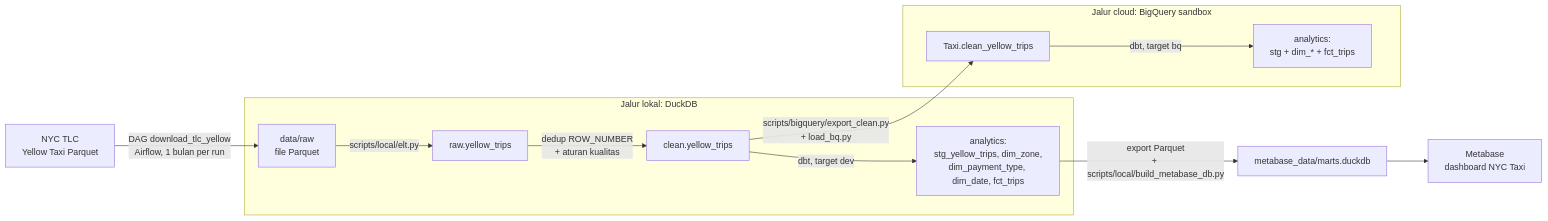
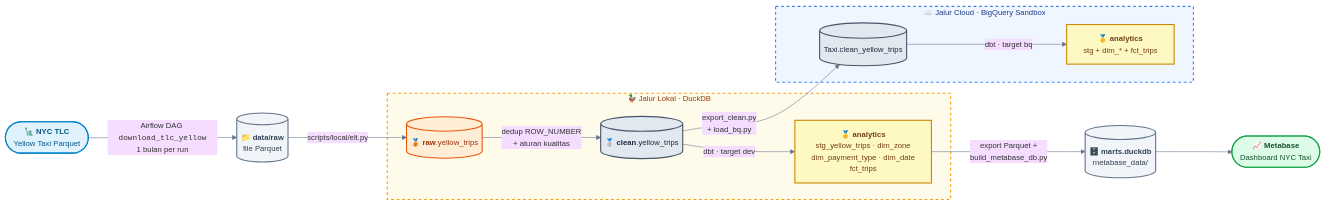
One commit to MacFlurries/elt-nyc-taxi changed the diagram in docs/architecture.md. Above: the diagram before and after it, drawn with Mermaid.

Commit message:
Enhance architecture diagram with icons and styling

````diff
--- a/docs/architecture.md
+++ b/docs/architecture.md
@@ -3,18 +3,39 @@
 ```mermaid
+%%{init: {"theme":"base","themeVariables":{"fontFamily":"Inter, Segoe UI, sans-serif","fontSize":"14px","lineColor":"#64748b"},"flowchart":{"curve":"basis","nodeSpacing":40,"rankSpacing":70}}}%%
 flowchart LR
-    TLC["NYC TLC<br/>Yellow Taxi Parquet"] -->|"DAG download_tlc_yellow<br/>Airflow, 1 bulan per run"| RAWF["data/raw<br/>file Parquet"]
+    TLC(["🗽 <b>NYC TLC</b><br/>Yellow Taxi Parquet"]):::source
+    RAWF[("📁 <b>data/raw</b><br/>file Parquet")]:::storage
 
-    subgraph DUCK["Jalur lokal: DuckDB"]
-        RAWF -->|"scripts/local/elt.py"| RAW["raw.yellow_trips"]
-        RAW -->|"dedup ROW_NUMBER<br/>+ aturan kualitas"| CLEAN["clean.yellow_trips"]
-        CLEAN -->|"dbt, target dev"| MARTS["analytics:<br/>stg_yellow_trips, dim_zone,<br/>dim_payment_type, dim_date, fct_trips"]
+    TLC -->|"Airflow DAG <code>download_tlc_yellow</code><br/>1 bulan per run"| RAWF
+
+    subgraph DUCK["🦆 Jalur Lokal · DuckDB"]
+        RAW[("🥉 <b>raw</b>.yellow_trips")]:::raw
+        CLEAN[("🥈 <b>clean</b>.yellow_trips")]:::clean
+        MARTS["🥇 <b>analytics</b><br/>stg_yellow_trips · dim_zone<br/>dim_payment_type · dim_date<br/>fct_trips"]:::mart
+        RAW -->|"dedup ROW_NUMBER<br/>+ aturan kualitas"| CLEAN
+        CLEAN -->|"dbt · target dev"| MARTS
     end
 
-    MARTS -->|"export Parquet<br/>+ scripts/local/build_metabase_db.py"| MBDB["metabase_data/marts.duckdb"]
-    MBDB --> MB["Metabase<br/>dashboard NYC Taxi"]
+    RAWF -->|"scripts/local/elt.py"| RAW
 
-    subgraph BQ["Jalur cloud: BigQuery sandbox"]
-        CLEAN -->|"scripts/bigquery/export_clean.py<br/>+ load_bq.py"| BQC["Taxi.clean_yellow_trips"]
-        BQC -->|"dbt, target bq"| BQM["analytics:<br/>stg + dim_* + fct_trips"]
+    MARTS -->|"export Parquet +<br/>build_metabase_db.py"| MBDB[("🗄️ <b>marts.duckdb</b><br/>metabase_data/")]:::storage
+    MBDB --> MB(["📈 <b>Metabase</b><br/>Dashboard NYC Taxi"]):::bi
+
+    subgraph BQ["☁️ Jalur Cloud · BigQuery Sandbox"]
+        BQC[("Taxi.clean_yellow_trips")]:::clean
+        BQM["🥇 <b>analytics</b><br/>stg + dim_* + fct_trips"]:::mart
+        BQC -->|"dbt · target bq"| BQM
     end
+
+    CLEAN -->|"export_clean.py<br/>+ load_bq.py"| BQC
+
+    classDef source  fill:#e0f2fe,stroke:#0284c7,stroke-width:2px,color:#075985
+    classDef storage fill:#f1f5f9,stroke:#64748b,stroke-width:2px,color:#334155
+    classDef raw     fill:#ffedd5,stroke:#ea580c,stroke-width:2px,color:#9a3412
+    classDef clean   fill:#e2e8f0,stroke:#475569,stroke-width:2px,color:#1e293b
+    classDef mart    fill:#fef9c3,stroke:#ca8a04,stroke-width:2px,color:#713f12
+    classDef bi      fill:#dcfce7,stroke:#16a34a,stroke-width:2px,color:#14532d
+
+    style DUCK fill:#fffbeb,stroke:#f59e0b,stroke-width:2px,stroke-dasharray:5 5,color:#92400e
+    style BQ   fill:#eff6ff,stroke:#3b82f6,stroke-width:2px,stroke-dasharray:5 5,color:#1e3a8a
 ```
````
